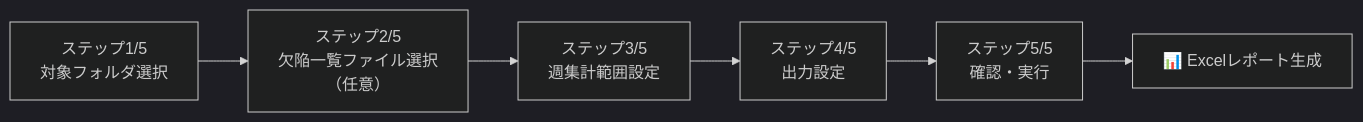
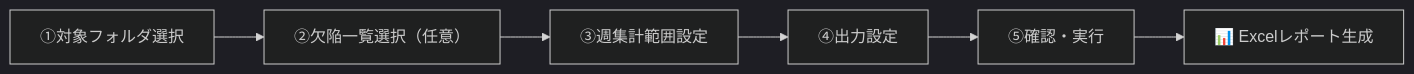
The first of 4 diagrams in docs/マニュアル.md (makio-dev/test-progress-collector), drawn with Mermaid (dark theme) before and after one commit. The commit also changed other lines of this file and 2 other files, not shown here.

First line of the commit message:
ドキュメント修正: Mermaid内の \n を除去

````diff
--- a/docs/マニュアル.md
+++ b/docs/マニュアル.md
@@ -133,8 +133,8 @@
 ```mermaid
 flowchart LR
-    S1["ステップ1/5\n対象フォルダ選択"] --> S2["ステップ2/5\n欠陥一覧ファイル選択\n（任意）"]
-    S2 --> S3["ステップ3/5\n週集計範囲設定"]
-    S3 --> S4["ステップ4/5\n出力設定"]
-    S4 --> S5["ステップ5/5\n確認・実行"]
+    S1["①対象フォルダ選択"] --> S2["②欠陥一覧選択（任意）"]
+    S2 --> S3["③週集計範囲設定"]
+    S3 --> S4["④出力設定"]
+    S4 --> S5["⑤確認・実行"]
     S5 --> OUT["📊 Excelレポート生成"]
 ```
````
